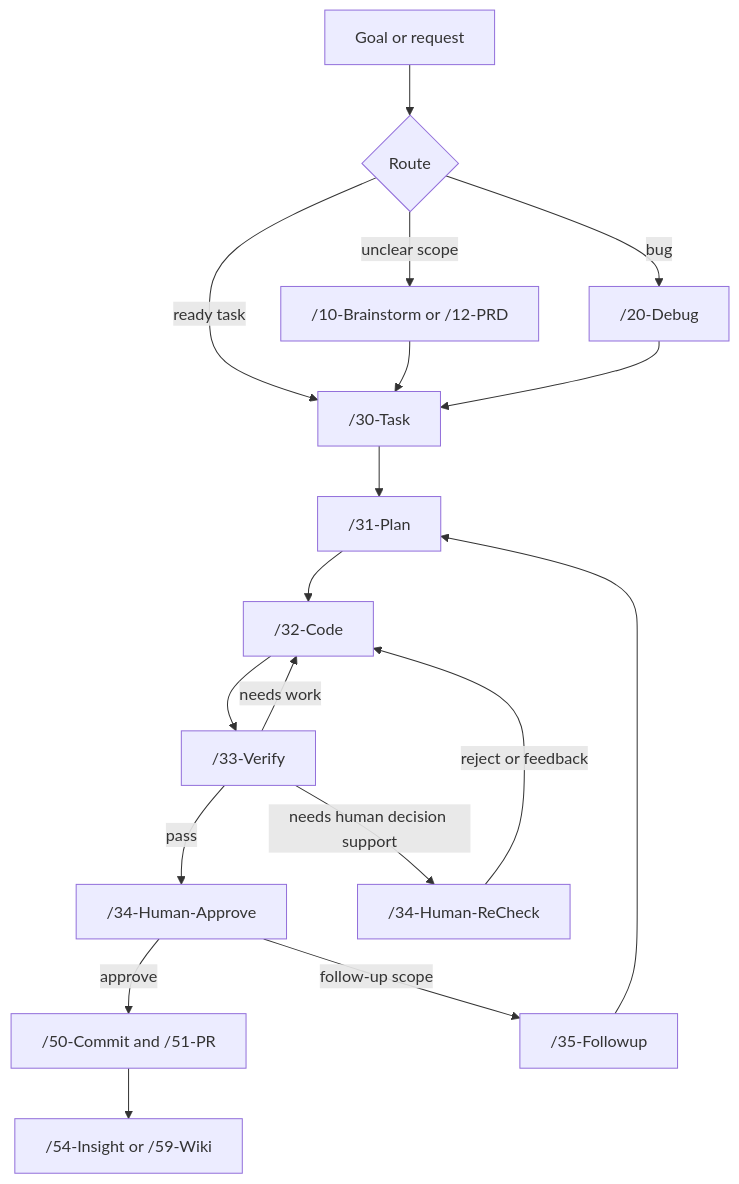
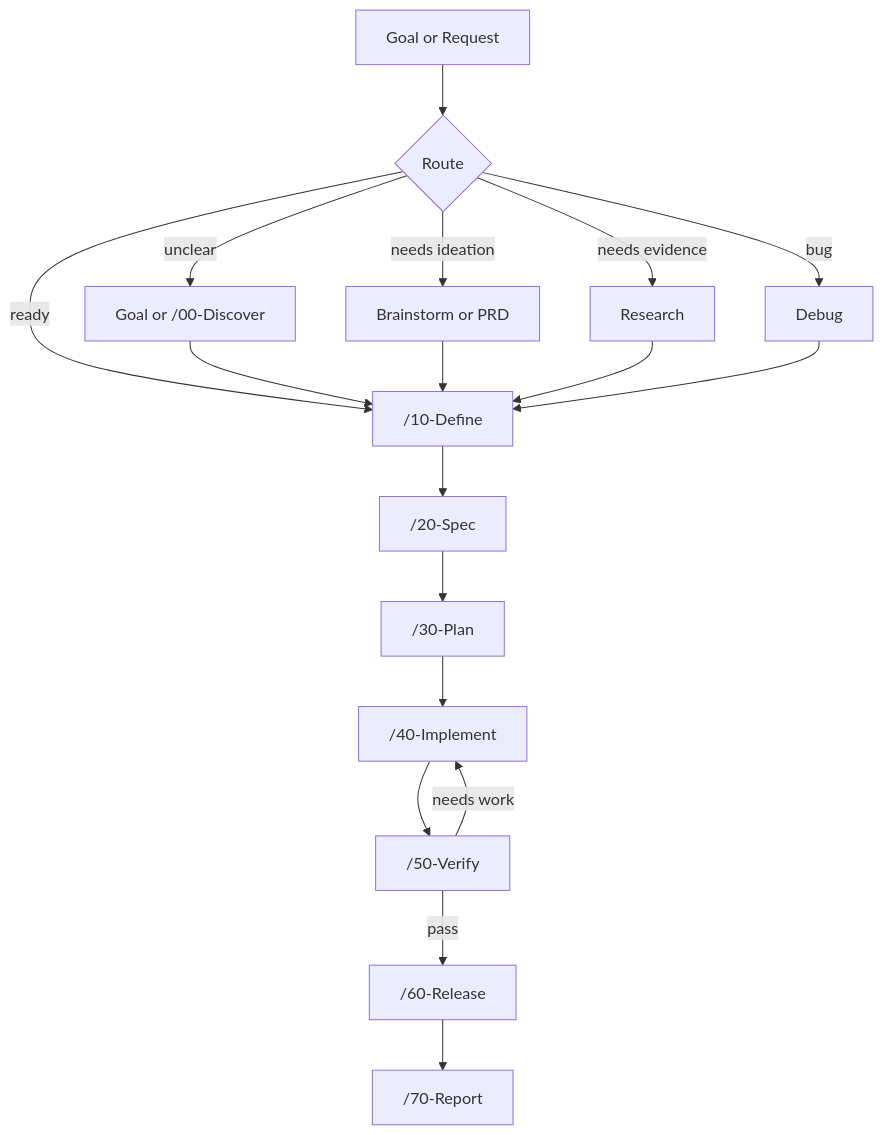
Before and after one commit to Jakkrich/nexus-devflow: the diagram in README.md, drawn with Mermaid. The commit also changed other lines of this file and 257 other files, not shown here.

Commit message:
feat: implement comprehensive agent framework with structured workflows, skills, and schema resources

````diff
--- a/README.md
+++ b/README.md
@@ -72,20 +84,20 @@
 ```mermaid
 graph TD
-    G["Goal or request"] --> R{"Route"}
-    R -->|unclear scope| B["/10-Brainstorm or /12-PRD"]
-    R -->|bug| D["/20-Debug"]
-    R -->|ready task| T["/30-Task"]
-    B --> T
-    D --> T
-    T --> P["/31-Plan"]
-    P --> C["/32-Code"]
-    C --> V["/33-Verify"]
-    V -->|pass| H["/34-Human-Approve"]
-    V -->|needs work| C
-    H -->|approve| S["/50-Commit and /51-PR"]
-    V -->|needs human decision support| RCH["/34-Human-ReCheck"]
-    RCH -->|reject or feedback| C
-    H -->|follow-up scope| F["/35-Followup"]
-    F --> P
-    S --> I["/54-Insight or /59-Wiki"]
+    A["Goal or Request"] --> B{"Route"}
+    B -->|unclear| C["Goal or /00-Discover"]
+    B -->|needs ideation| D["Brainstorm or PRD"]
+    B -->|needs evidence| E["Research"]
+    B -->|bug| F["Debug"]
+    B -->|ready| G["/10-Define"]
+    C --> G
+    D --> G
+    E --> G
+    F --> G
+    G --> H["/20-Spec"]
+    H --> I["/30-Plan"]
+    I --> J["/40-Implement"]
+    J --> K["/50-Verify"]
+    K -->|pass| L["/60-Release"]
+    K -->|needs work| J
+    L --> M["/70-Report"]
 ```
````
